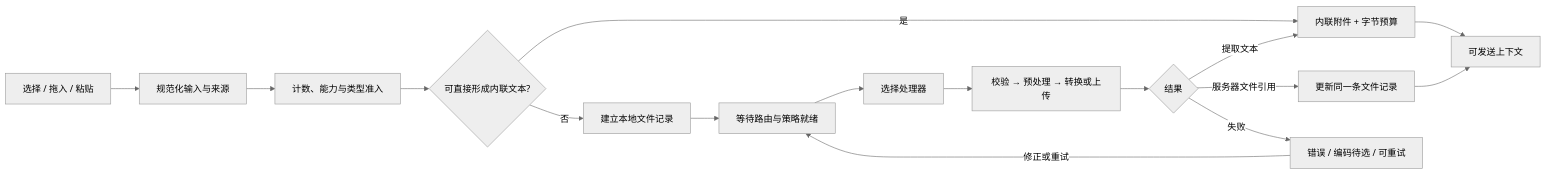
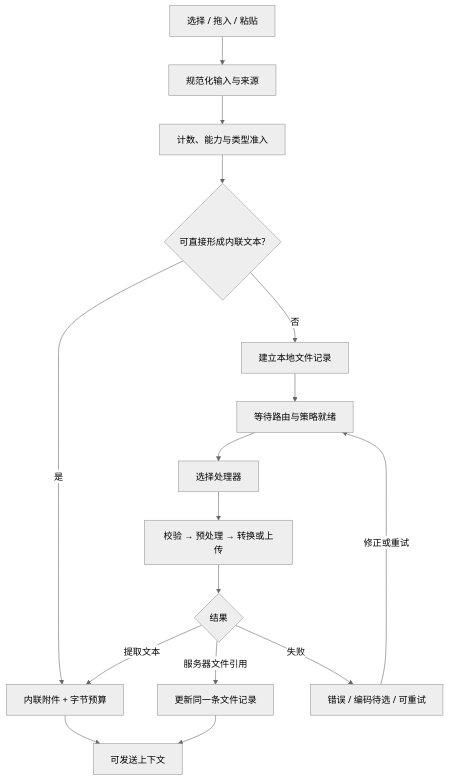
Before and after one commit to aiyinyuedejustin/agent-engineering-fundamentals: the first of 5 diagrams in books/claude-app/02-Illustrated-Deep-Dive-Book/05-Context-And-File-Pipeline/README.md, drawn with Mermaid (neutral theme). The commit also changed 2 other files, not shown here.

Commit message:
Make protocol file-pipeline and artifact diagrams readable in book columns

````diff
--- a/books/claude-app/02-Illustrated-Deep-Dive-Book/05-Context-And-File-Pipeline/README.md
+++ b/books/claude-app/02-Illustrated-Deep-Dive-Book/05-Context-And-File-Pipeline/README.md
@@ -20,18 +20,18 @@
 ```mermaid
-flowchart LR
+flowchart TB
     A[选择 / 拖入 / 粘贴] --> B[规范化输入与来源]
     B --> C[计数、能力与类型准入]
     C --> D{可直接形成内联文本?}
     D -->|是| E[内联附件 + 字节预算]
     D -->|否| F[建立本地文件记录]
     F --> G[等待路由与策略就绪]
     G --> H[选择处理器]
     H --> I[校验 → 预处理 → 转换或上传]
     I --> J{结果}
     J -->|提取文本| E
     J -->|服务器文件引用| K[更新同一条文件记录]
     J -->|失败| L[错误 / 编码待选 / 可重试]
     E --> M[可发送上下文]
     K --> M
     L -->|修正或重试| G
 ```
````
